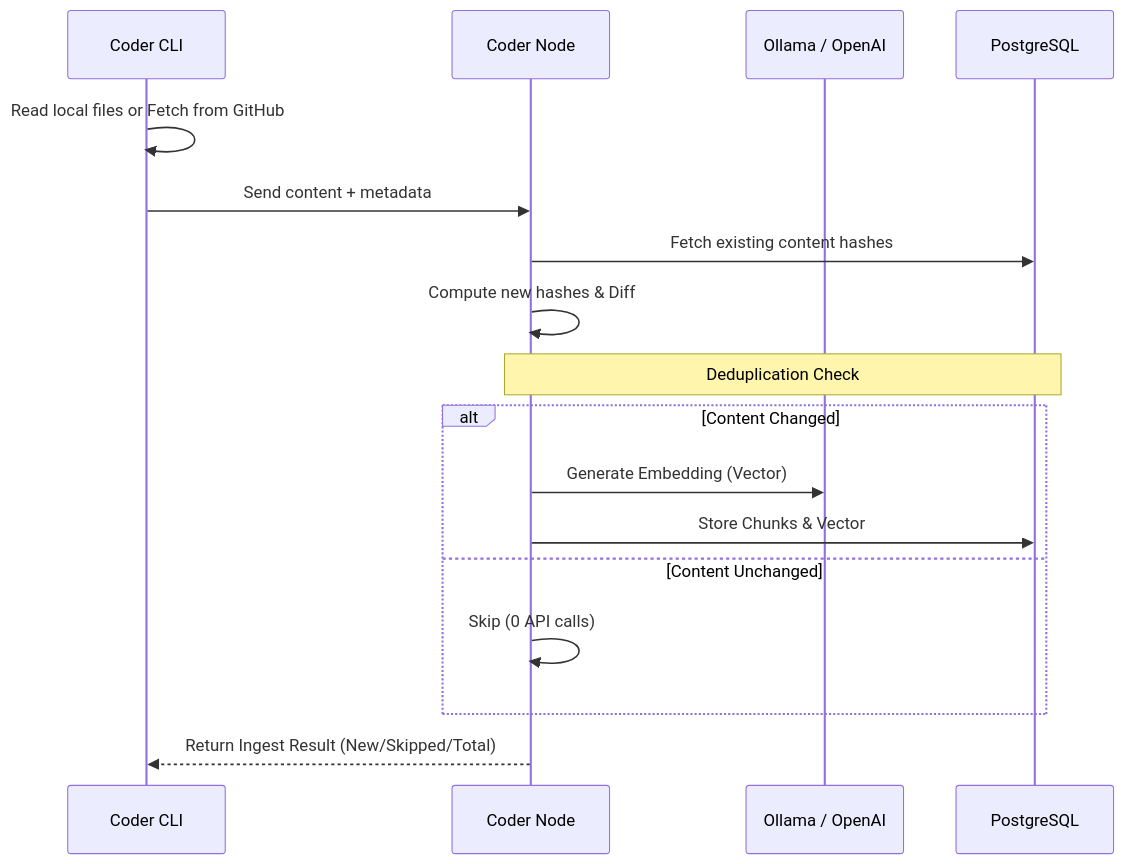
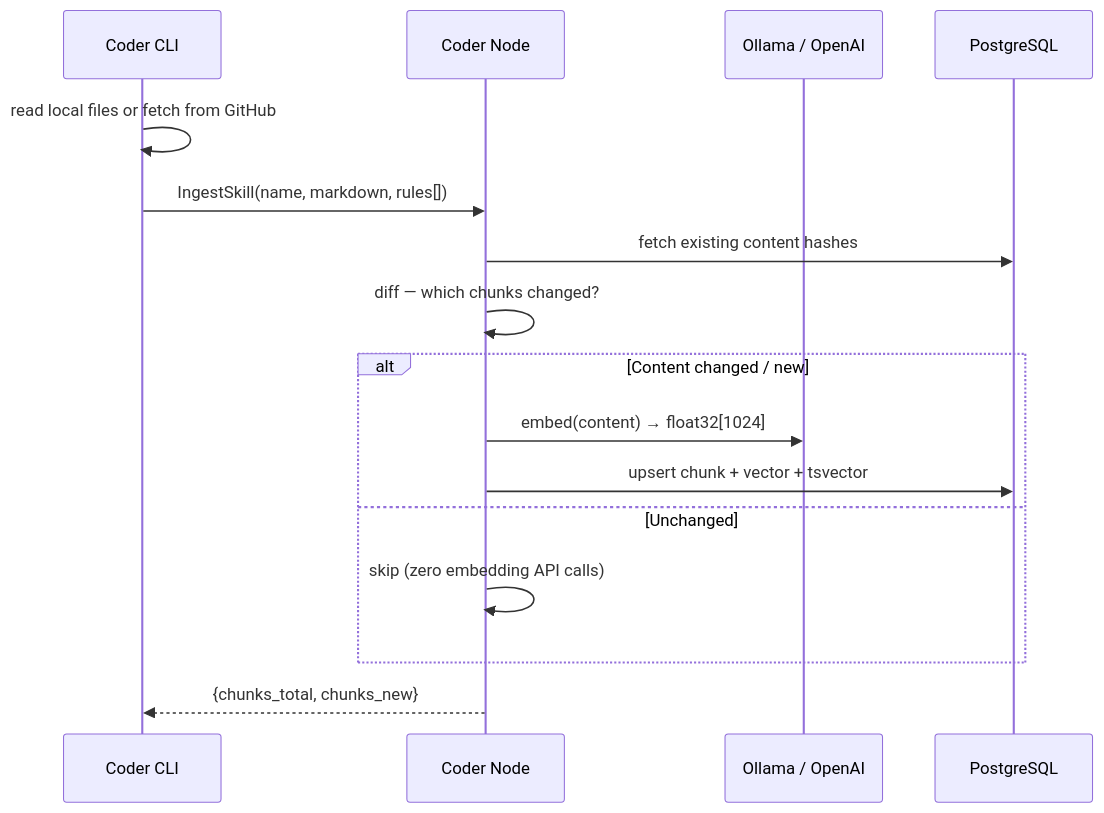
The second of 3 diagrams in docs/architecture.md (hiimtrung/coder), drawn with Mermaid before and after one commit. The commit also changed other lines of this file and 15 other files, not shown here.

````diff
--- a/docs/architecture.md
+++ b/docs/architecture.md
@@ -88,24 +160,22 @@
 ```mermaid
 sequenceDiagram
     participant CLI as Coder CLI
     participant NODE as Coder Node
     participant OL as Ollama / OpenAI
     participant PG as PostgreSQL
 
-    CLI->>CLI: Read local files or Fetch from GitHub
-    CLI->>NODE: Send content + metadata
-    
-    NODE->>PG: Fetch existing content hashes
-    NODE->>NODE: Compute new hashes & Diff
-    
-    Note over NODE, PG: Deduplication Check
-    
-    alt Content Changed
-        NODE->>OL: Generate Embedding (Vector)
-        NODE->>PG: Store Chunks & Vector
-    else Content Unchanged
-        NODE->>NODE: Skip (0 API calls)
+    CLI->>CLI: read local files or fetch from GitHub
+    CLI->>NODE: IngestSkill(name, markdown, rules[])
+
+    NODE->>PG: fetch existing content hashes
+    NODE->>NODE: diff — which chunks changed?
+
+    alt Content changed / new
+        NODE->>OL: embed(content) → float32[1024]
+        NODE->>PG: upsert chunk + vector + tsvector
+    else Unchanged
+        NODE->>NODE: skip (zero embedding API calls)
     end
-    
-    NODE-->>CLI: Return Ingest Result (New/Skipped/Total)
+
+    NODE-->>CLI: {chunks_total, chunks_new}
 ```
````
